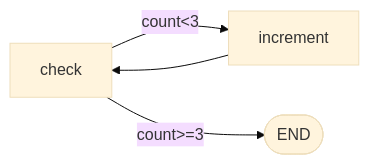
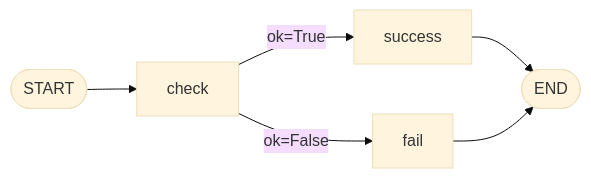
One commit to wanglh39/langgraph changed the first of 6 diagrams in docs/stages/stage_3_conditional.md. Above: the diagram before and after it, drawn with Mermaid (base theme). The commit also changed other lines of this file and 16 other files, not shown here.

````diff
--- a/docs/stages/stage_3_conditional.md
+++ b/docs/stages/stage_3_conditional.md
@@ -19,6 +114,8 @@
 ```mermaid
 graph LR
-    C[check] -->|count<3| I[increment]
-    C -->|count>=3| E([END])
-    I --> C
+    S([START]) --> C[check]
+    C -->|ok=True| Su[success]
+    C -->|ok=False| Fa[fail]
+    Su --> E([END])
+    Fa --> E
 ```
````
